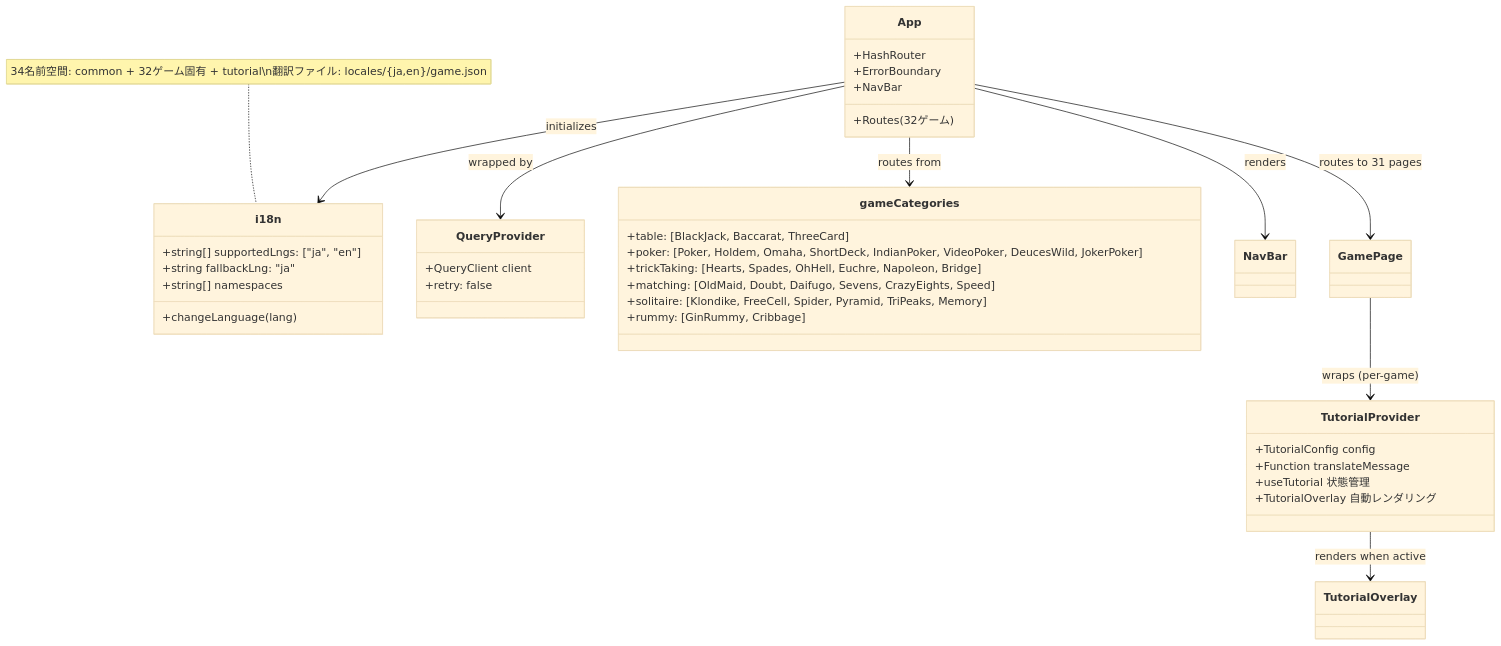
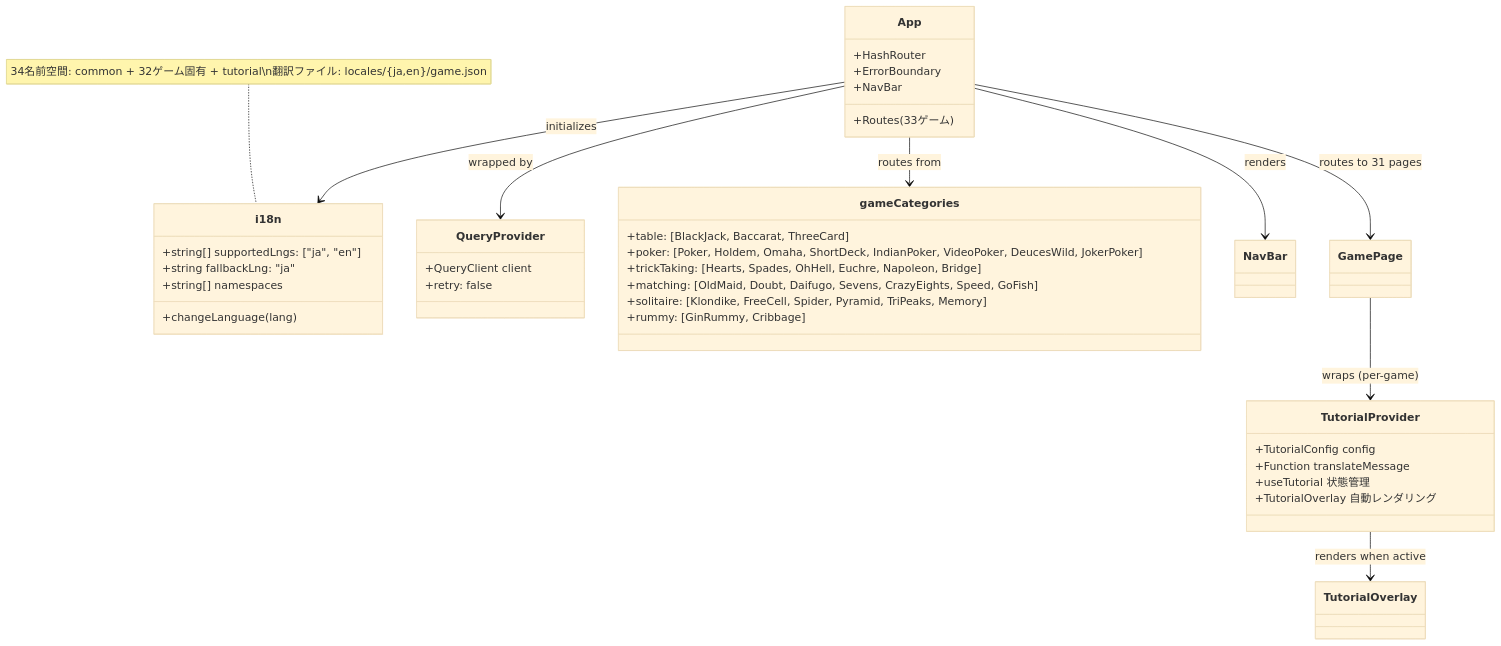
The ninth of 25 diagrams in docs/design/frontend.md (yuta-yoshinaga/go_trumpcards), drawn with Mermaid (base theme) before and after one commit. The commit also changed other lines of this file and 52 other files, not shown here.

````diff
--- a/docs/design/frontend.md
+++ b/docs/design/frontend.md
@@ -1114,47 +1158,47 @@
 ```mermaid
 classDiagram
     class i18n {
         +string[] supportedLngs: ["ja", "en"]
         +string fallbackLng: "ja"
         +string[] namespaces
         +changeLanguage(lang)
     }
 
     class QueryProvider {
         +QueryClient client
         +retry: false
     }
 
     class App {
         +HashRouter
         +ErrorBoundary
         +NavBar
-        +Routes (32ゲーム)
+        +Routes (33ゲーム)
     }
 
     class gameCategories {
         +table: [BlackJack, Baccarat, ThreeCard]
         +poker: [Poker, Holdem, Omaha, ShortDeck, IndianPoker, VideoPoker, DeucesWild, JokerPoker]
         +trickTaking: [Hearts, Spades, OhHell, Euchre, Napoleon, Bridge]
-        +matching: [OldMaid, Doubt, Daifugo, Sevens, CrazyEights, Speed]
+        +matching: [OldMaid, Doubt, Daifugo, Sevens, CrazyEights, Speed, GoFish]
         +solitaire: [Klondike, FreeCell, Spider, Pyramid, TriPeaks, Memory]
         +rummy: [GinRummy, Cribbage]
     }
 
     class TutorialProvider {
         +TutorialConfig config
         +Function translateMessage
         +useTutorial 状態管理
         +TutorialOverlay 自動レンダリング
     }
 
     App --> QueryProvider : wrapped by
     App --> i18n : initializes
     App --> gameCategories : routes from
     App --> NavBar : renders
     App --> GamePage : routes to 31 pages
     GamePage --> TutorialProvider : wraps (per-game)
     TutorialProvider --> TutorialOverlay : renders when active
 
     note for i18n "34名前空間: common + 32ゲーム固有 + tutorial\n翻訳ファイル: locales/{ja,en}/game.json"
 ```
````
